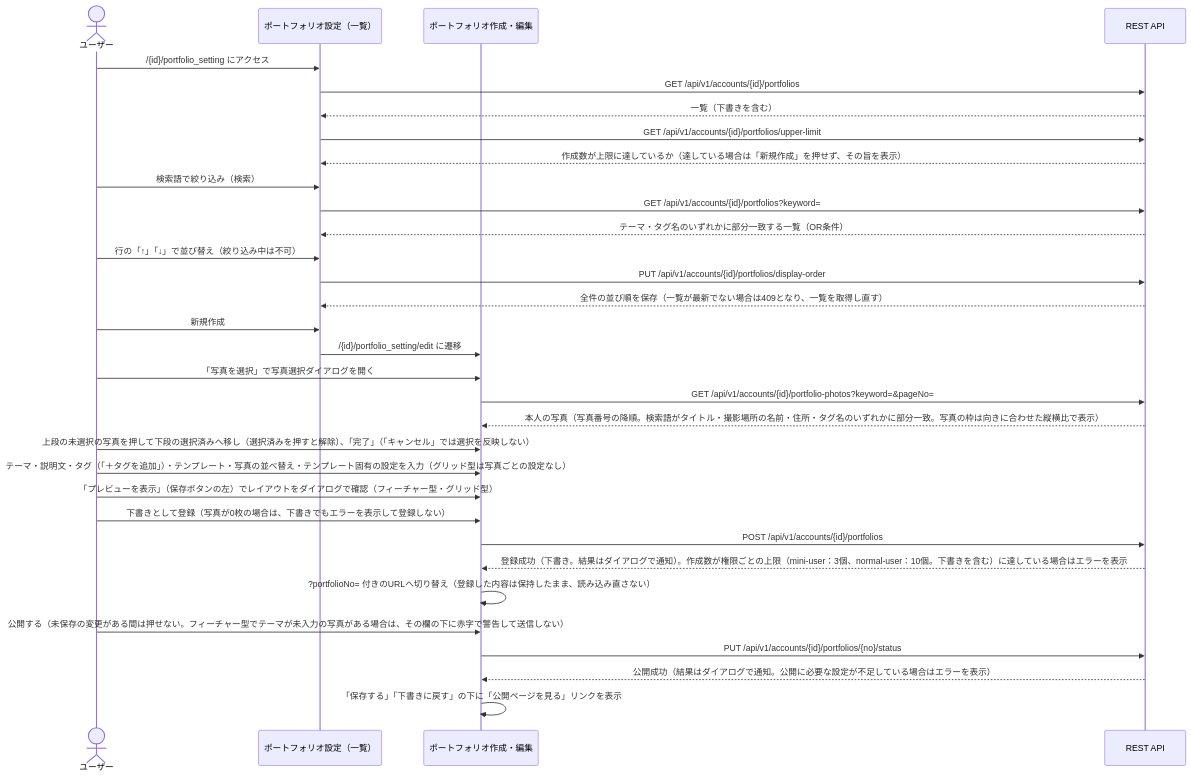
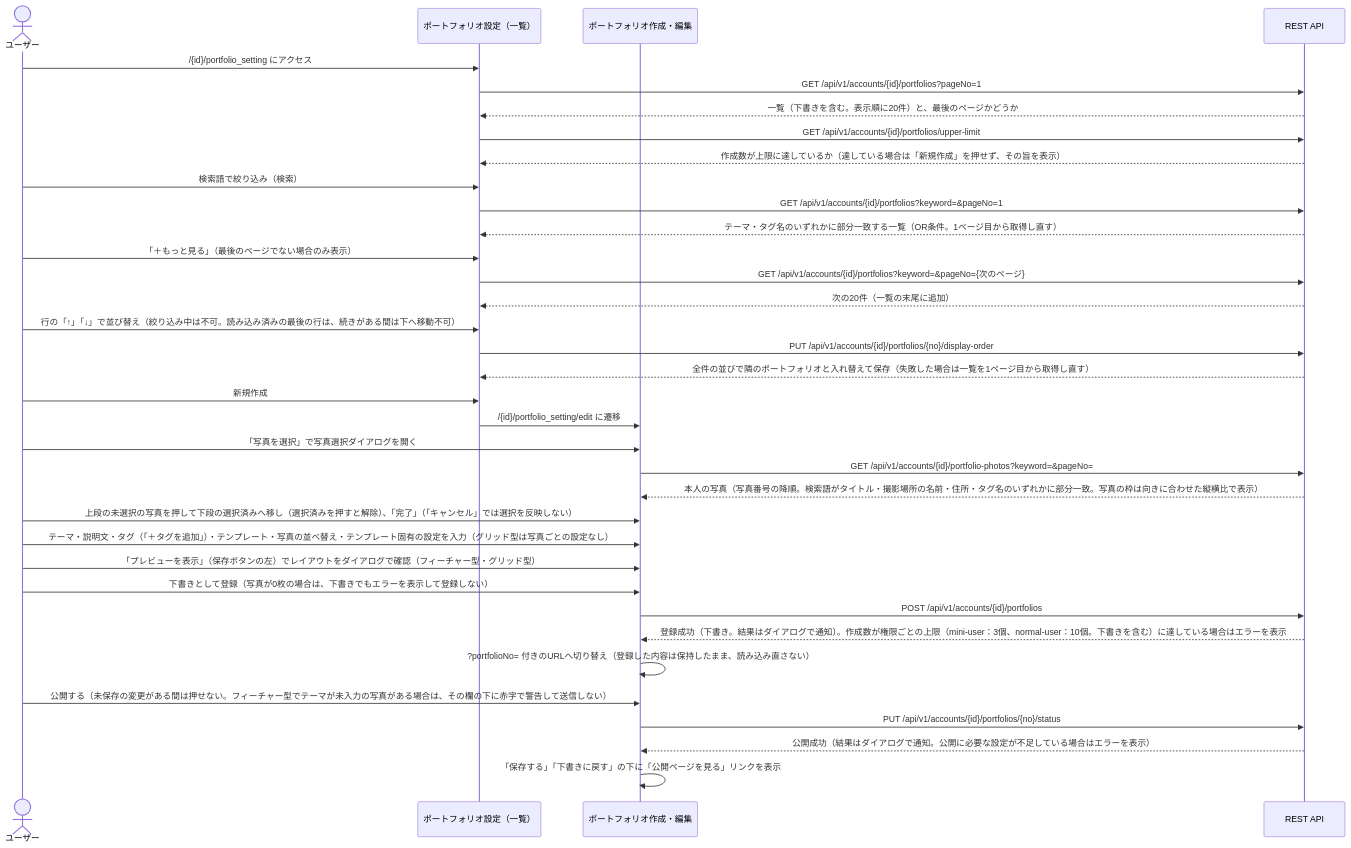
One commit to KentoKodama214/WebGallery changed the fifth of 11 diagrams in doc/view/screen-transition.md. Above: the diagram before and after it, drawn with Mermaid. The commit also changed other lines of this file and 71 other files, not shown here.

````diff
--- a/doc/view/screen-transition.md
+++ b/doc/view/screen-transition.md
@@ -222,35 +222,38 @@
 ```mermaid
 sequenceDiagram
     actor User as ユーザー
     participant List as ポートフォリオ設定（一覧）
     participant Edit as ポートフォリオ作成・編集
     participant API as REST API
 
     User->>List: /{id}/portfolio_setting にアクセス
-    List->>API: GET /api/v1/accounts/{id}/portfolios
-    API-->>List: 一覧（下書きを含む）
+    List->>API: GET /api/v1/accounts/{id}/portfolios?pageNo=1
+    API-->>List: 一覧（下書きを含む。表示順に20件）と、最後のページかどうか
     List->>API: GET /api/v1/accounts/{id}/portfolios/upper-limit
     API-->>List: 作成数が上限に達しているか（達している場合は「新規作成」を押せず、その旨を表示）
     User->>List: 検索語で絞り込み（検索）
-    List->>API: GET /api/v1/accounts/{id}/portfolios?keyword=
-    API-->>List: テーマ・タグ名のいずれかに部分一致する一覧（OR条件）
-    User->>List: 行の「↑」「↓」で並び替え（絞り込み中は不可）
-    List->>API: PUT /api/v1/accounts/{id}/portfolios/display-order
-    API-->>List: 全件の並び順を保存（一覧が最新でない場合は409となり、一覧を取得し直す）
+    List->>API: GET /api/v1/accounts/{id}/portfolios?keyword=&pageNo=1
+    API-->>List: テーマ・タグ名のいずれかに部分一致する一覧（OR条件。1ページ目から取得し直す）
+    User->>List: 「＋もっと見る」（最後のページでない場合のみ表示）
+    List->>API: GET /api/v1/accounts/{id}/portfolios?keyword=&pageNo={次のページ}
+    API-->>List: 次の20件（一覧の末尾に追加）
+    User->>List: 行の「↑」「↓」で並び替え（絞り込み中は不可。読み込み済みの最後の行は、続きがある間は下へ移動不可）
+    List->>API: PUT /api/v1/accounts/{id}/portfolios/{no}/display-order
+    API-->>List: 全件の並びで隣のポートフォリオと入れ替えて保存（失敗した場合は一覧を1ページ目から取得し直す）
     User->>List: 新規作成
     List->>Edit: /{id}/portfolio_setting/edit に遷移
     User->>Edit: 「写真を選択」で写真選択ダイアログを開く
     Edit->>API: GET /api/v1/accounts/{id}/portfolio-photos?keyword=&pageNo=
     API-->>Edit: 本人の写真（写真番号の降順。検索語がタイトル・撮影場所の名前・住所・タグ名のいずれかに部分一致。写真の枠は向きに合わせた縦横比で表示）
     User->>Edit: 上段の未選択の写真を押して下段の選択済みへ移し（選択済みを押すと解除）、「完了」（「キャンセル」では選択を反映しない）
     User->>Edit: テーマ・説明文・タグ（「＋タグを追加」）・テンプレート・写真の並べ替え・テンプレート固有の設定を入力（グリッド型は写真ごとの設定なし）
     User->>Edit: 「プレビューを表示」（保存ボタンの左）でレイアウトをダイアログで確認（フィーチャー型・グリッド型）
     User->>Edit: 下書きとして登録（写真が0枚の場合は、下書きでもエラーを表示して登録しない）
     Edit->>API: POST /api/v1/accounts/{id}/portfolios
     API-->>Edit: 登録成功（下書き。結果はダイアログで通知）。作成数が権限ごとの上限（mini-user：3個、normal-user：10個。下書きを含む）に達している場合はエラーを表示
     Edit->>Edit: ?portfolioNo= 付きのURLへ切り替え（登録した内容は保持したまま、読み込み直さない）
     User->>Edit: 公開する（未保存の変更がある間は押せない。フィーチャー型でテーマが未入力の写真がある場合は、その欄の下に赤字で警告して送信しない）
     Edit->>API: PUT /api/v1/accounts/{id}/portfolios/{no}/status
     API-->>Edit: 公開成功（結果はダイアログで通知。公開に必要な設定が不足している場合はエラーを表示）
     Edit->>Edit: 「保存する」「下書きに戻す」の下に「公開ページを見る」リンクを表示
 ```
````
